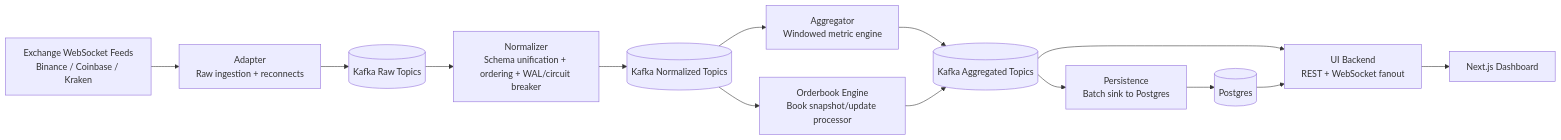
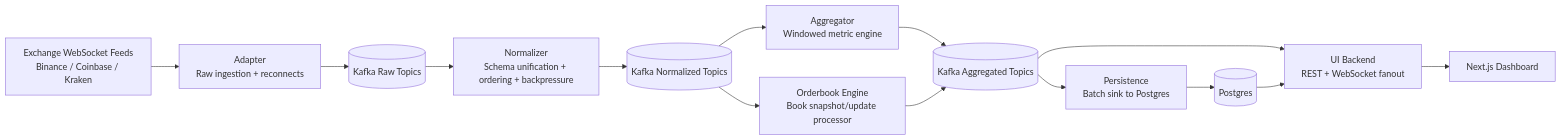
One commit to kumar306/market-tick-aggregator changed the first of 2 diagrams in README.md. Above: the diagram before and after it, drawn with Mermaid. The commit also changed other lines of this file and 1 other file, not shown here.

Commit message:
readme: added infra diagram

````diff
--- a/README.md
+++ b/README.md
@@ -46,22 +52,22 @@
 ```mermaid
 flowchart LR
     A[Exchange WebSocket Feeds<br/>Binance / Coinbase / Kraken]
     B[Adapter<br/>Raw ingestion + reconnects]
     C[(Kafka Raw Topics)]
-    D[Normalizer<br/>Schema unification + ordering + WAL/circuit breaker]
+    D[Normalizer<br/>Schema unification + ordering + backpressure]
     E[(Kafka Normalized Topics)]
     F[Aggregator<br/>Windowed metric engine]
     G[Orderbook Engine<br/>Book snapshot/update processor]
     H[(Kafka Aggregated Topics)]
     I[Persistence<br/>Batch sink to Postgres]
     J[(Postgres)]
     K[UI Backend<br/>REST + WebSocket fanout]
     L[Next.js Dashboard]
 
     A --> B --> C --> D --> E
     E --> F --> H
     E --> G --> H
     H --> I --> J
     H --> K
     J --> K --> L
 ```
````
